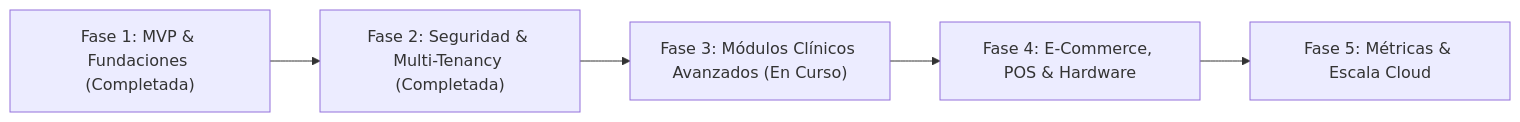
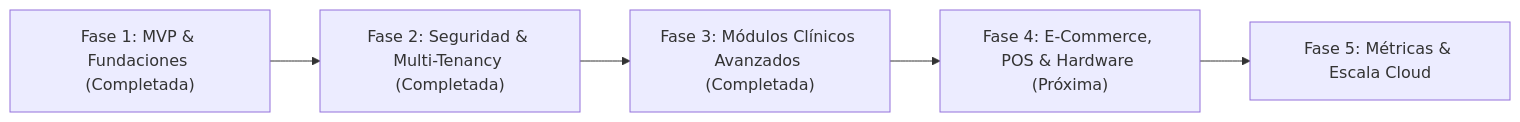
One commit to altusmarketingdigital-mx/Sistema-Veterinario---Altus-PetCloud changed the diagram in PLAN_DE_DESARROLLO.md. Above: the diagram before and after it, drawn with Mermaid. The commit also changed other lines of this file, not shown here.

````diff
--- a/PLAN_DE_DESARROLLO.md
+++ b/PLAN_DE_DESARROLLO.md
@@ -10,7 +10,7 @@
 ```mermaid
 flowchart LR
     A["Fase 1: MVP & Fundaciones (Completada)"] --> B["Fase 2: Seguridad & Multi-Tenancy (Completada)"]
-    B --> C["Fase 3: Módulos Clínicos Avanzados (En Curso)"]
-    C --> D["Fase 4: E-Commerce, POS & Hardware"]
+    B --> C["Fase 3: Módulos Clínicos Avanzados (Completada)"]
+    C --> D["Fase 4: E-Commerce, POS & Hardware (Próxima)"]
     D --> E["Fase 5: Métricas & Escala Cloud"]
 ```
````
